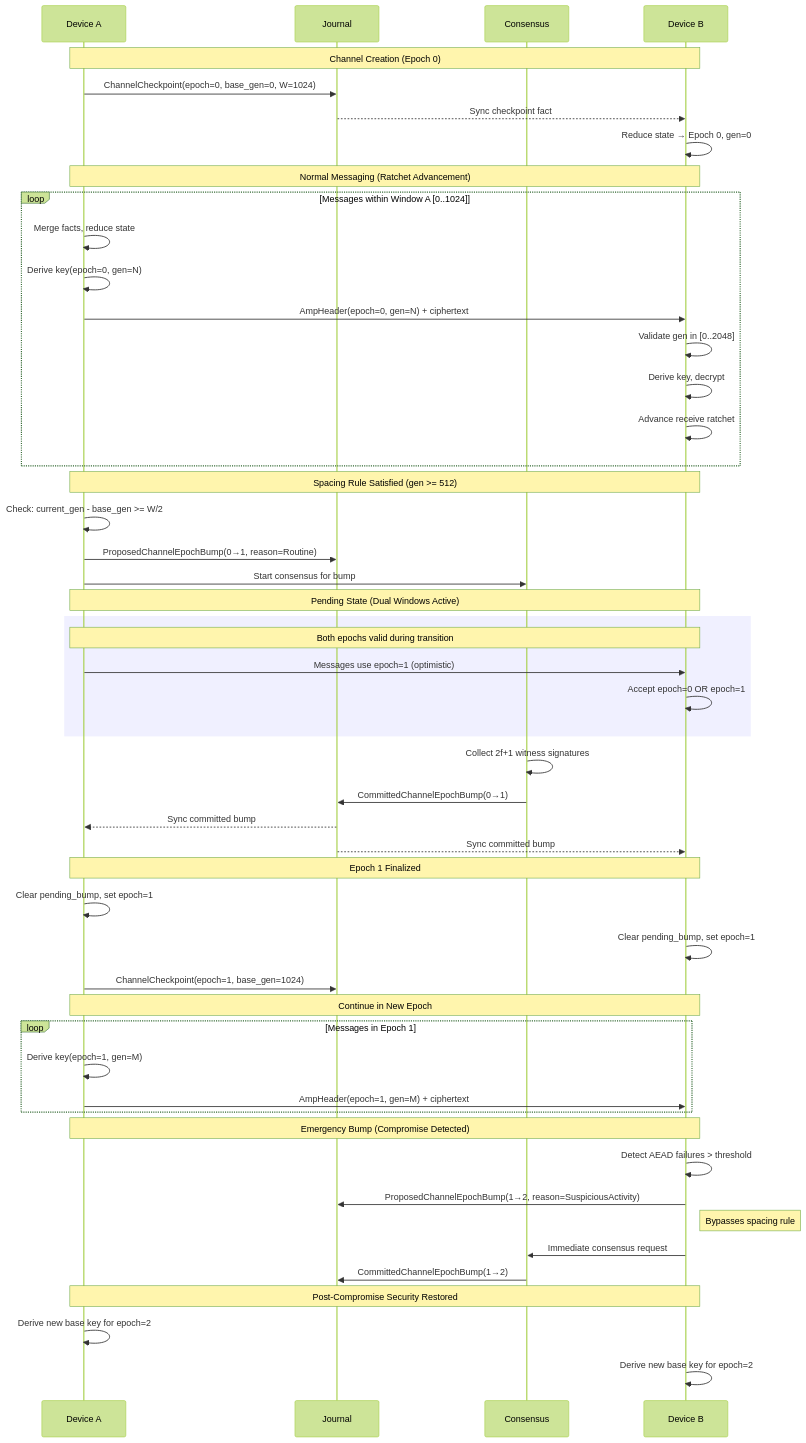
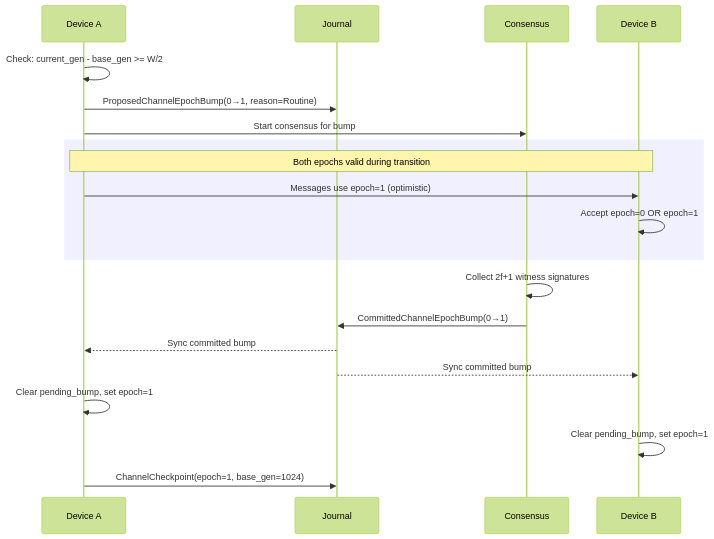
One commit to hxrts/aura changed the fourth of 7 diagrams in docs/112_amp.md. Above: the diagram before and after it, drawn with Mermaid (forest theme). The commit also changed other lines of this file, not shown here.

Commit message:
Split AMP lifecycle diagram into four phase-specific diagrams

````diff
--- a/docs/112_amp.md
+++ b/docs/112_amp.md
@@ -269,61 +299,22 @@
 ```mermaid
 sequenceDiagram
     participant A as Device A
     participant J as Journal
     participant C as Consensus
     participant B as Device B
-
-    Note over A,B: Channel Creation (Epoch 0)
-    A->>J: ChannelCheckpoint(epoch=0, base_gen=0, W=1024)
-    J-->>B: Sync checkpoint fact
-    B->>B: Reduce state → Epoch 0, gen=0
-
-    Note over A,B: Normal Messaging (Ratchet Advancement)
-    loop Messages within Window A [0..1024]
-        A->>A: Merge facts, reduce state
-        A->>A: Derive key(epoch=0, gen=N)
-        A->>B: AmpHeader(epoch=0, gen=N) + ciphertext
-        B->>B: Validate gen in [0..2048]
-        B->>B: Derive key, decrypt
-        B->>B: Advance receive ratchet
-    end
-
-    Note over A,B: Spacing Rule Satisfied (gen >= 512)
     A->>A: Check: current_gen - base_gen >= W/2
     A->>J: ProposedChannelEpochBump(0→1, reason=Routine)
     A->>C: Start consensus for bump
-
-    Note over A,B: Pending State (Dual Windows Active)
     rect rgb(240, 240, 255)
         Note over A,B: Both epochs valid during transition
         A->>B: Messages use epoch=1 (optimistic)
         B->>B: Accept epoch=0 OR epoch=1
     end
-
     C->>C: Collect 2f+1 witness signatures
     C->>J: CommittedChannelEpochBump(0→1)
     J-->>A: Sync committed bump
     J-->>B: Sync committed bump
-
-    Note over A,B: Epoch 1 Finalized
     A->>A: Clear pending_bump, set epoch=1
     B->>B: Clear pending_bump, set epoch=1
     A->>J: ChannelCheckpoint(epoch=1, base_gen=1024)
-
-    Note over A,B: Continue in New Epoch
-    loop Messages in Epoch 1
-        A->>A: Derive key(epoch=1, gen=M)
-        A->>B: AmpHeader(epoch=1, gen=M) + ciphertext
-    end
-
-    Note over A,B: Emergency Bump (Compromise Detected)
-    B->>B: Detect AEAD failures > threshold
-    B->>J: ProposedChannelEpochBump(1→2, reason=SuspiciousActivity)
-    Note right of B: Bypasses spacing rule
-    B->>C: Immediate consensus request
-    C->>J: CommittedChannelEpochBump(1→2)
-
-    Note over A,B: Post-Compromise Security Restored
-    A->>A: Derive new base key for epoch=2
-    B->>B: Derive new base key for epoch=2
 ```
````
